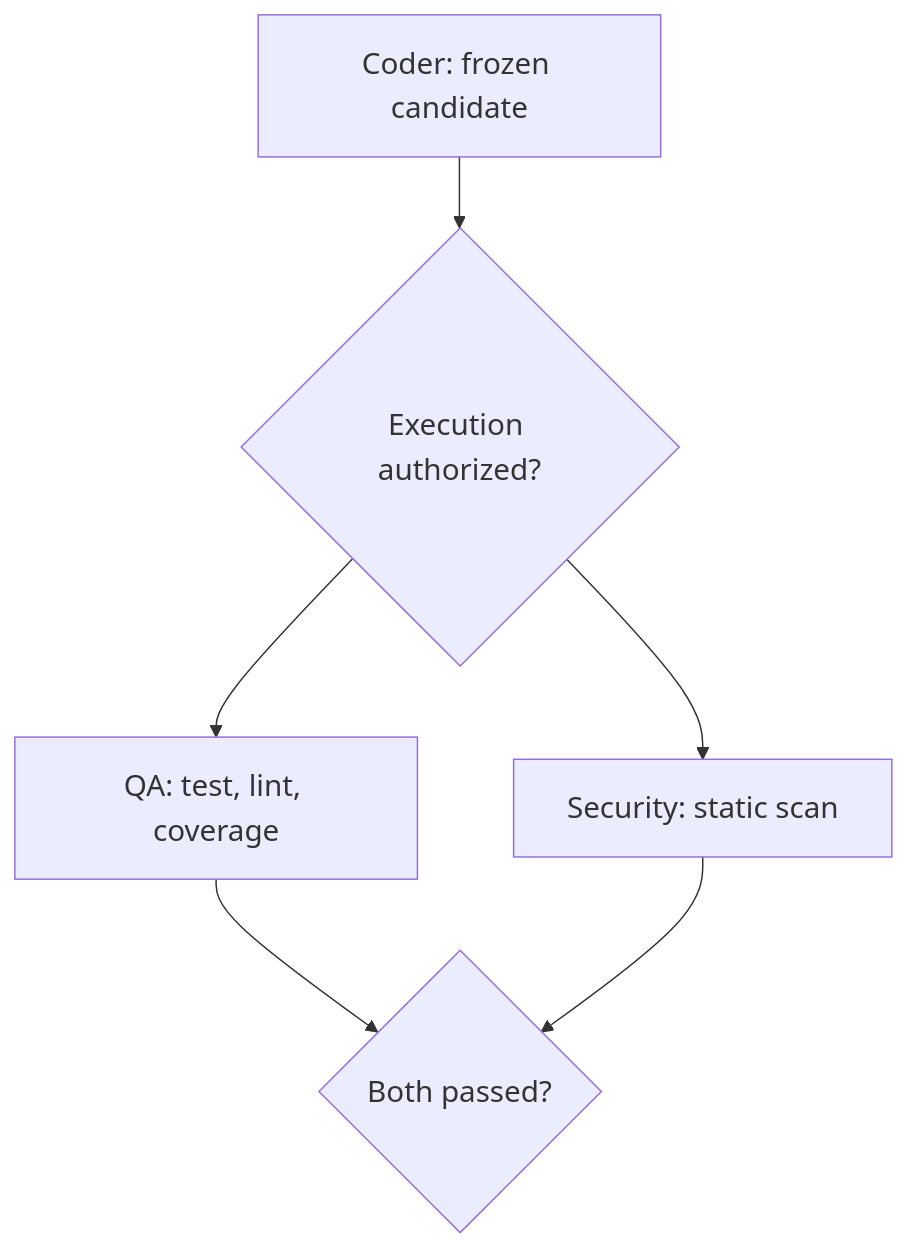
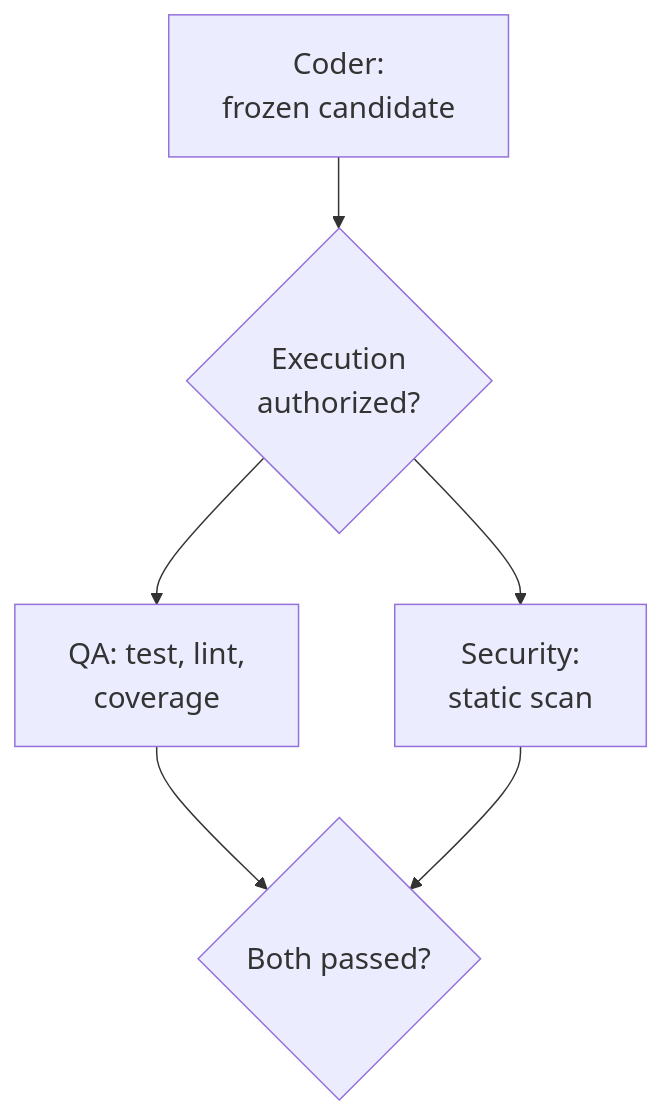
One commit to kcskribbl/canopy-agentic-sdlc changed the second of 4 diagrams in README.md. Above: the diagram before and after it, drawn with Mermaid. The commit also changed other lines of this file, not shown here.

First line of the commit message:
Wrap long labels in README Mermaid diagrams

````diff
--- a/README.md
+++ b/README.md
@@ -138,18 +138,18 @@
 ```mermaid
 %%{init: {"themeVariables":{"fontSize":"20px"},"flowchart":{"nodeSpacing":65,"rankSpacing":48,"padding":18}}}%%
 flowchart TD
-    A["Coder: frozen candidate"]
+    A["Coder:<br/>frozen candidate"]
 
-    B{"Execution authorized?"}
+    B{"Execution<br/>authorized?"}
 
-    Q["QA: test, lint, coverage"]
-    S["Security: static scan"]
+    Q["QA: test, lint,<br/>coverage"]
+    S["Security:<br/>static scan"]
 
     J{"Both passed?"}
 
     A --> B
     B --> Q
     B --> S
     Q --> J
     S --> J
 ```
````
